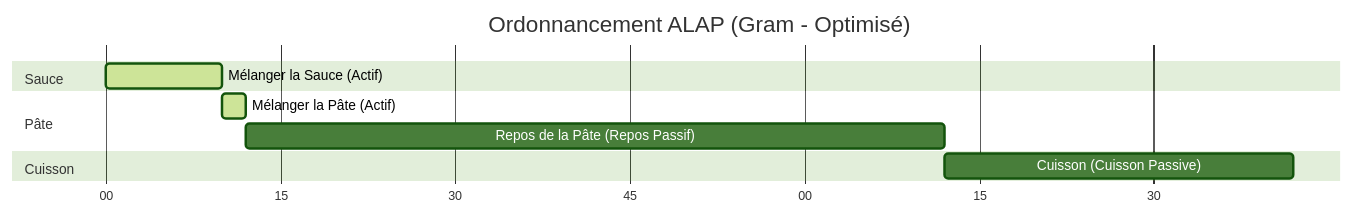
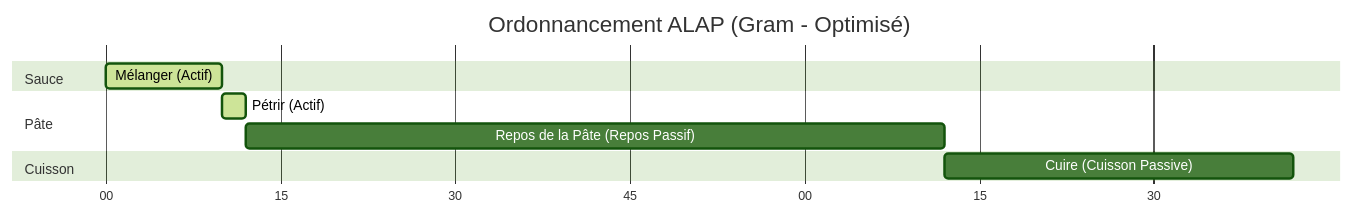
The second of 3 diagrams in packages/docs/src/fr/explanation/alap-scheduling.md (gram-lang/gram), drawn with Mermaid (forest theme) before and after one commit. The commit also changed other lines of this file and 3 other files, not shown here.

````diff
--- a/packages/docs/src/fr/explanation/alap-scheduling.md
+++ b/packages/docs/src/fr/explanation/alap-scheduling.md
@@ -47,16 +49,16 @@
 ```mermaid
 gantt
     title Ordonnancement ALAP (Gram - Optimisé)
     dateFormat  m
     axisFormat %M
     
     section Sauce
-    Mélanger la Sauce (Actif)           : active, b1, 0, 10m
+    Mélanger (Actif)                    : active, b1, 0, 10m
     
     section Pâte
-    Mélanger la Pâte (Actif)            : active, b2, after b1, 2m
+    Pétrir (Actif)                      : active, b2, after b1, 2m
     Repos de la Pâte (Repos Passif)     : b3, after b2, 60m
     
     section Cuisson
-    Cuisson (Cuisson Passive)           : b4, after b3, 30m
+    Cuire (Cuisson Passive)             : b4, after b3, 30m
 ```
````
